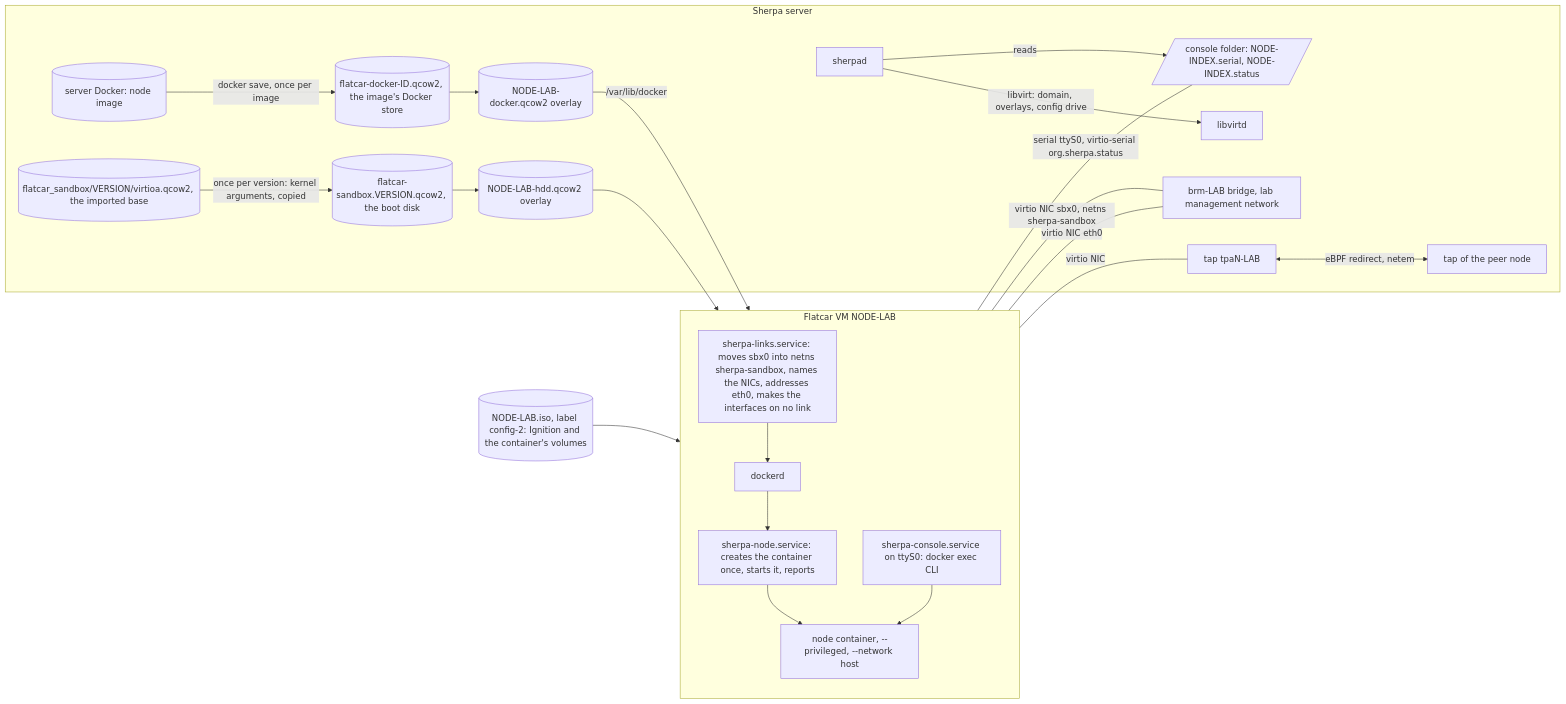
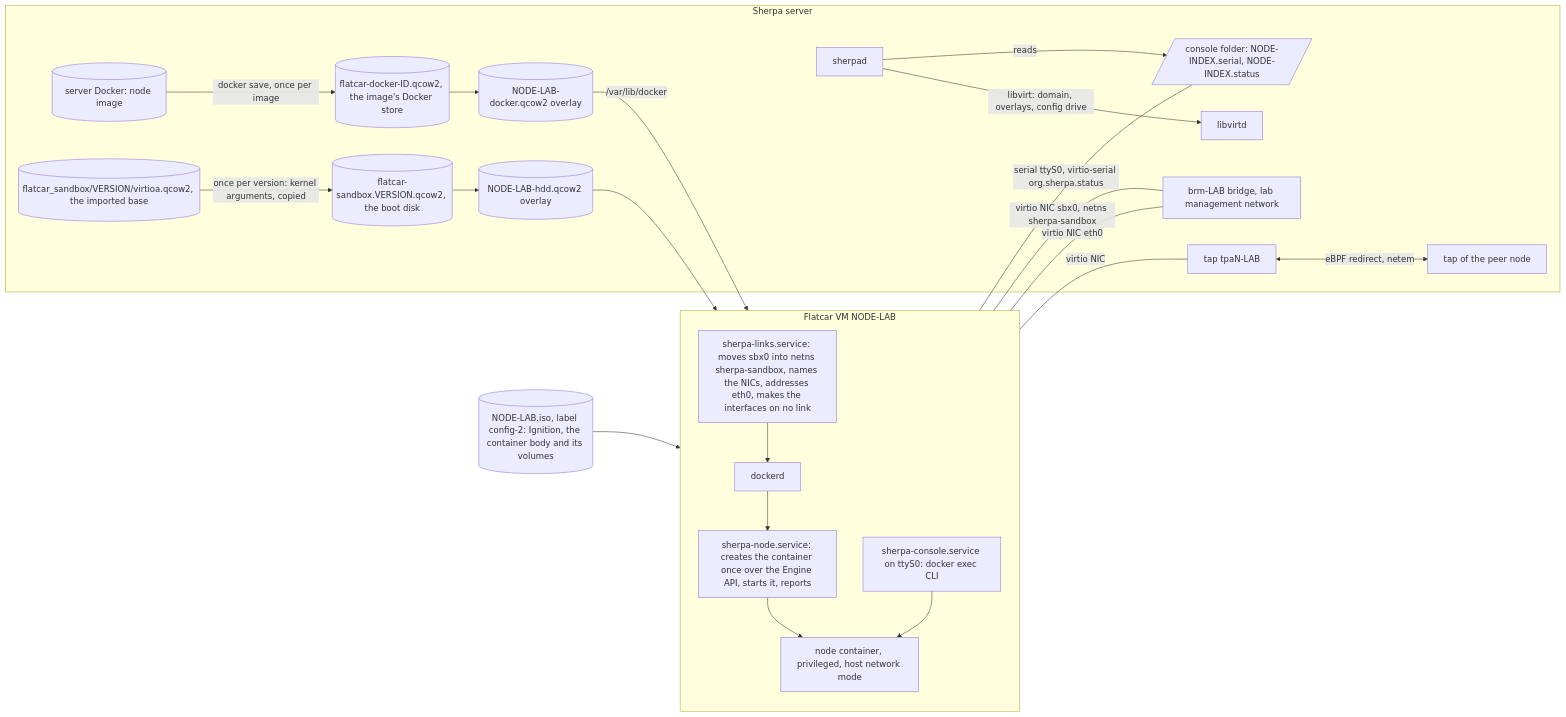
Before and after one commit to bwks/sherpa: the diagram in docs/architecture/SANDBOX.md, drawn with Mermaid. The commit also changed other lines of this file and 13 other files, not shown here.

First line of the commit message:
feat(sandbox): create the sandbox's container from run_container's Engine API body (#683)

````diff
--- a/docs/architecture/SANDBOX.md
+++ b/docs/architecture/SANDBOX.md
@@ -19,27 +19,27 @@
 ```mermaid
 flowchart LR
   subgraph host[Sherpa server]
     S[sherpad] -->|libvirt: domain, overlays, config drive| L[libvirtd]
     D[(server Docker: node image)] -->|docker save, once per image| ST[(flatcar-docker-ID.qcow2, the image's Docker store)]
     B[(flatcar_sandbox/VERSION/virtioa.qcow2, the imported base)] -->|once per version: kernel arguments, copied| BD[(flatcar-sandbox.VERSION.qcow2, the boot disk)]
     BD --> O[(NODE-LAB-hdd.qcow2 overlay)]
     ST --> OD[(NODE-LAB-docker.qcow2 overlay)]
     T1[tap tpaN-LAB] <-->|eBPF redirect, netem| T2[tap of the peer node]
     M[brm-LAB bridge, lab management network]
     SOCK[/console folder: NODE-INDEX.serial, NODE-INDEX.status/]
     S -->|reads| SOCK
   end
   subgraph V[Flatcar VM NODE-LAB]
     LK[sherpa-links.service: moves sbx0 into netns sherpa-sandbox, names the NICs, addresses eth0, makes the interfaces on no link] --> DK[dockerd]
-    DK --> N[sherpa-node.service: creates the container once, starts it, reports]
-    N --> C[node container, --privileged, --network host]
+    DK --> N[sherpa-node.service: creates the container once over the Engine API, starts it, reports]
+    N --> C[node container, privileged, host network mode]
     CON[sherpa-console.service on ttyS0: docker exec CLI] --> C
   end
   O --> V
   OD -->|/var/lib/docker| V
-  ISO[(NODE-LAB.iso, label config-2: Ignition and the container's volumes)] --> V
+  ISO[(NODE-LAB.iso, label config-2: Ignition, the container body and its volumes)] --> V
   V ---|virtio NIC| T1
   V ---|virtio NIC eth0| M
   V ---|virtio NIC sbx0, netns sherpa-sandbox| M
   V ---|serial ttyS0, virtio-serial org.sherpa.status| SOCK
 ```
````
